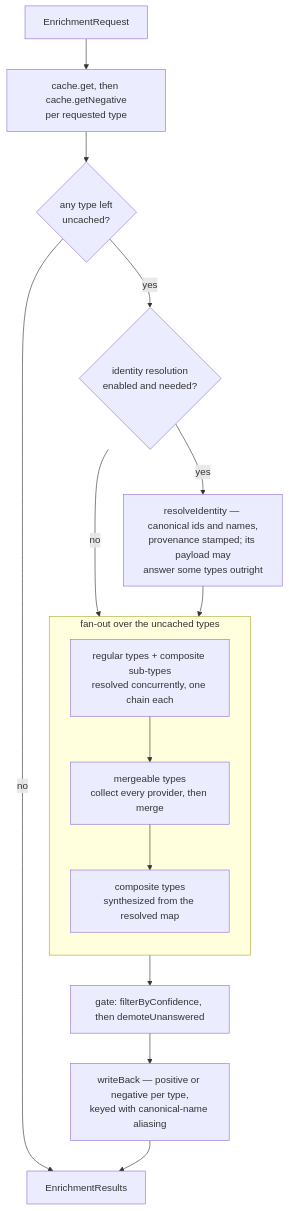
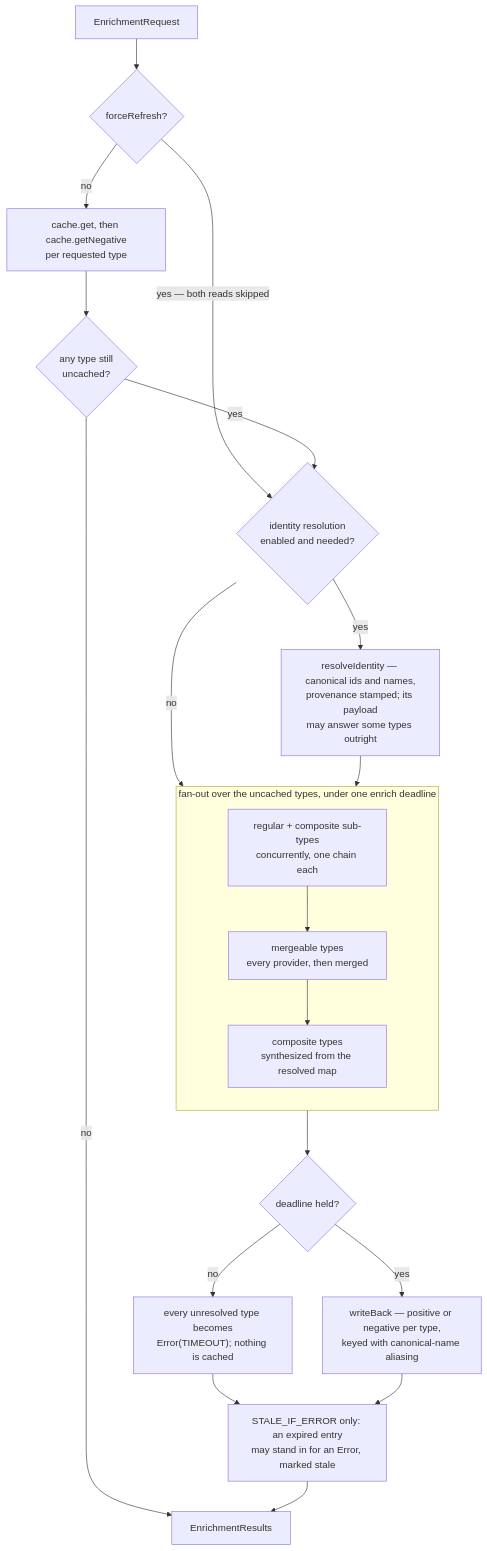
One commit to famesjranko/musicmeta changed the second of 2 diagrams in ARCHITECTURE.md. Above: the diagram before and after it, drawn with Mermaid. The commit also changed other lines of this file and 1 other file, not shown here.

First line of the commit message:
docs: correct what the review found in the architecture doc

````diff
--- a/ARCHITECTURE.md
+++ b/ARCHITECTURE.md
@@ -82,22 +88,27 @@
 ```mermaid
 flowchart TD
-    req["EnrichmentRequest"] --> cacheread["cache.get, then cache.getNegative<br/>per requested type"]
-    cacheread --> allhit{"any type left<br/>uncached?"}
-    allhit -->|no| results
-    allhit -->|yes| ident{"identity resolution<br/>enabled and needed?"}
+    req["EnrichmentRequest"] --> force{"forceRefresh?"}
+    force -->|"yes — both reads skipped"| ident
+    force -->|no| cacheread["cache.get, then cache.getNegative<br/>per requested type"]
+    cacheread --> anyleft{"any type still<br/>uncached?"}
+    anyleft -->|no| results
+    anyleft -->|yes| ident{"identity resolution<br/>enabled and needed?"}
     ident -->|no| fanout
-    ident -->|yes| resolve["resolveIdentity — canonical ids and names,<br/>provenance stamped; its payload may<br/>answer some types outright"]
+    ident -->|yes| resolve["resolveIdentity — canonical ids and names,<br/>provenance stamped; its payload<br/>may answer some types outright"]
     resolve --> fanout
 
-    subgraph fanout["fan-out over the uncached types"]
+    subgraph fanout["fan-out over the uncached types, under one enrich deadline"]
         direction TB
-        regular["regular types + composite sub-types<br/>resolved concurrently, one chain each"]
-        mergeable["mergeable types<br/>collect every provider, then merge"]
+        regular["regular + composite sub-types<br/>concurrently, one chain each"]
+        mergeable["mergeable types<br/>every provider, then merged"]
         composite["composite types<br/>synthesized from the resolved map"]
         regular --> mergeable --> composite
     end
 
-    fanout --> gate["gate: filterByConfidence, then demoteUnanswered"]
-    gate --> writeback["writeBack — positive or negative per type,<br/>keyed with canonical-name aliasing"]
-    writeback --> results["EnrichmentResults"]
+    fanout --> deadline{"deadline held?"}
+    deadline -->|"no"| timedout["every unresolved type becomes<br/>Error(TIMEOUT); nothing is cached"]
+    deadline -->|yes| writeback["writeBack — positive or negative per type,<br/>keyed with canonical-name aliasing"]
+    timedout --> stale
+    writeback --> stale["STALE_IF_ERROR only: an expired entry<br/>may stand in for an Error, marked stale"]
+    stale --> results["EnrichmentResults"]
 ```
````
